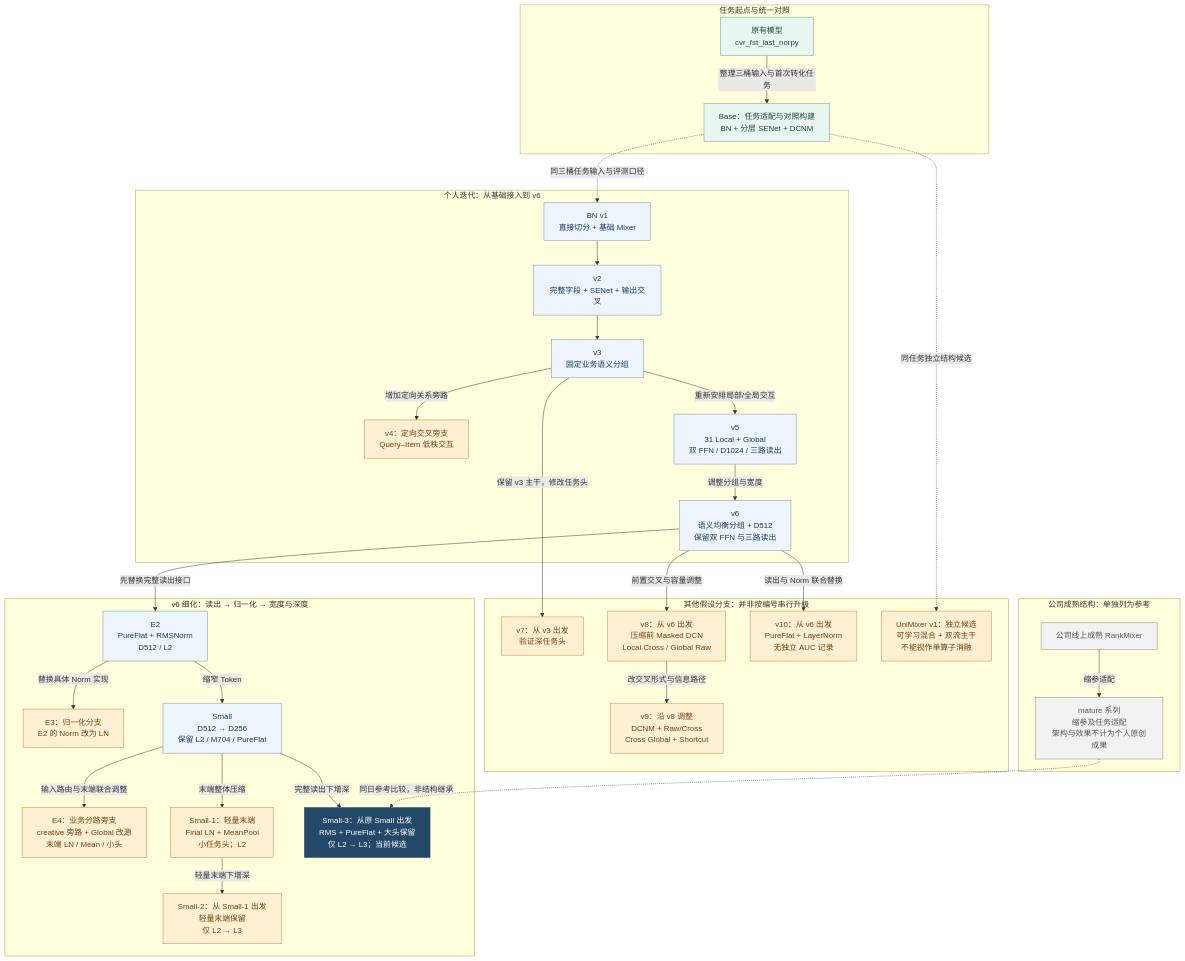
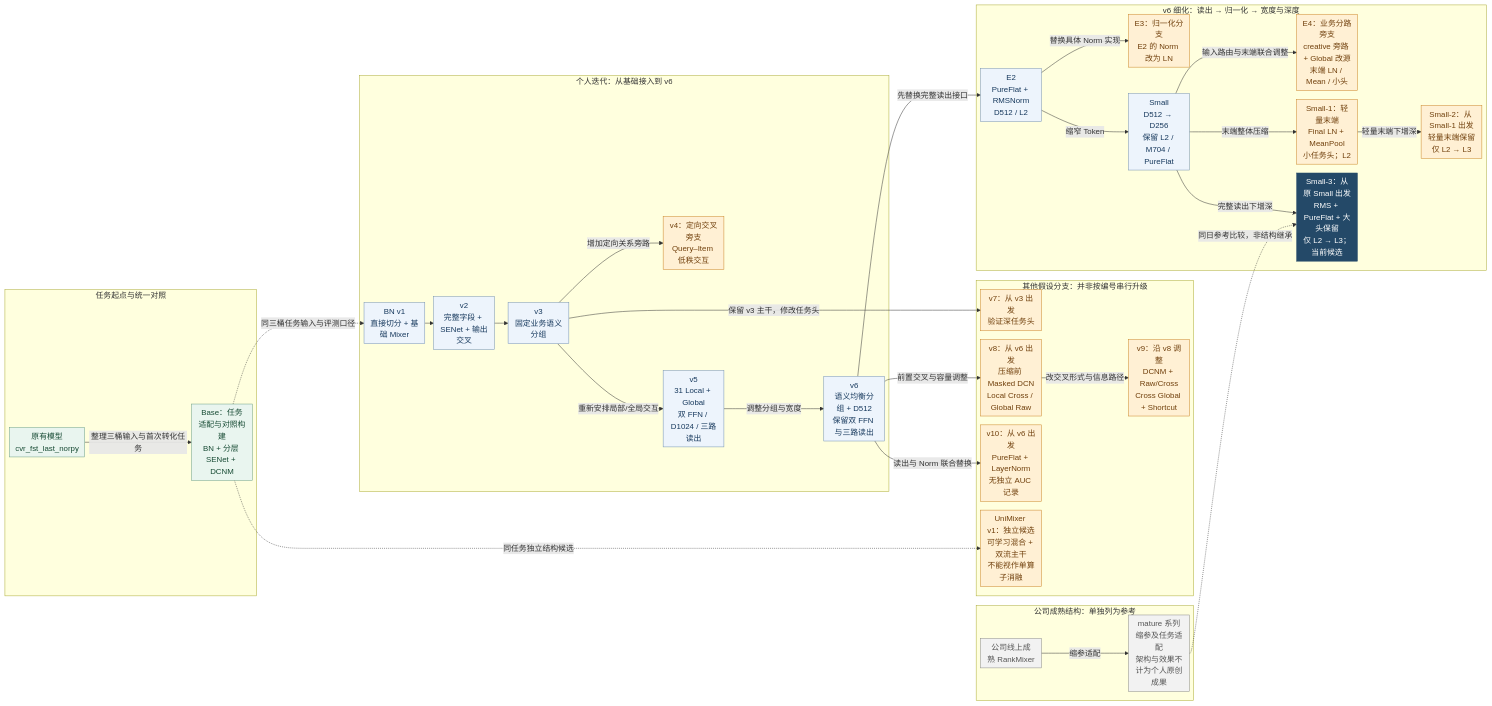
The first of 34 diagrams in introduce/RankMixer_阶段算法技术工作汇报_完整版_2026-09-09.md (Bolt00Y/RAS), drawn with Mermaid before and after one commit. The commit also changed other lines of this file, not shown here.

````diff
--- a/introduce/RankMixer_阶段算法技术工作汇报_完整版_2026-09-09.md
+++ b/introduce/RankMixer_阶段算法技术工作汇报_完整版_2026-09-09.md
@@ -28,71 +28,72 @@
 ```mermaid
-flowchart TB
+%%{init: {"look": "classic", "flowchart": {"nodeSpacing": 18, "rankSpacing": 18, "padding": 6, "wrappingWidth": 100}}}%%
+flowchart LR
     subgraph START["任务起点与统一对照"]
         OLD["原有模型<br/>cvr_fst_last_norpy"]
         BASE["Base：任务适配与对照构建<br/>BN + 分层 SENet + DCNM"]
         OLD -->|"整理三桶输入与首次转化任务"| BASE
     end
 
     subgraph EARLY["个人迭代：从基础接入到 v6"]
         V1["BN v1<br/>直接切分 + 基础 Mixer"]
         V2["v2<br/>完整字段 + SENet + 输出交叉"]
         V3["v3<br/>固定业务语义分组"]
         V4["v4：定向交叉旁支<br/>Query–Item 低秩交互"]
         V5["v5<br/>31 Local + Global<br/>双 FFN / D1024 / 三路读出"]
         V6["v6<br/>语义均衡分组 + D512<br/>保留双 FFN 与三路读出"]
         V1 --> V2 --> V3
         V3 -->|"增加定向关系旁路"| V4
         V3 -->|"重新安排局部/全局交互"| V5
         V5 -->|"调整分组与宽度"| V6
     end
 
     subgraph OTHER["其他假设分支：并非按编号串行升级"]
         V7["v7：从 v3 出发<br/>验证深任务头"]
         V8["v8：从 v6 出发<br/>压缩前 Masked DCN<br/>Local Cross / Global Raw"]
         V9["v9：沿 v8 调整<br/>DCNM + Raw/Cross<br/>Cross Global + Shortcut"]
         V10["v10：从 v6 出发<br/>PureFlat + LayerNorm<br/>无独立 AUC 记录"]
         UNI["UniMixer v1：独立候选<br/>可学习混合 + 双流主干<br/>不能视作单算子消融"]
     end
 
     subgraph V6FAMILY["v6 细化：读出 → 归一化 → 宽度与深度"]
         E2["E2<br/>PureFlat + RMSNorm<br/>D512 / L2"]
         E3["E3：归一化分支<br/>E2 的 Norm 改为 LN"]
         SMALL["Small<br/>D512 → D256<br/>保留 L2 / M704 / PureFlat"]
         E4["E4：业务分路旁支<br/>creative 旁路 + Global 改源<br/>末端 LN / Mean / 小头"]
         S1["Small-1：轻量末端<br/>Final LN + MeanPool<br/>小任务头；L2"]
         S2["Small-2：从 Small-1 出发<br/>轻量末端保留<br/>仅 L2 → L3"]
         S3["Small-3：从原 Small 出发<br/>RMS + PureFlat + 大头保留<br/>仅 L2 → L3；当前候选"]
         E2 -->|"替换具体 Norm 实现"| E3
         E2 -->|"缩窄 Token"| SMALL
         SMALL -->|"输入路由与末端联合调整"| E4
         SMALL -->|"末端整体压缩"| S1
         S1 -->|"轻量末端下增深"| S2
         SMALL -->|"完整读出下增深"| S3
     end
 
     subgraph REF["公司成熟结构：单独列为参考"]
         ONLINE["公司线上成熟 RankMixer"]
         MATURE["mature 系列<br/>缩参及任务适配<br/>架构与效果不计为个人原创成果"]
         ONLINE -->|"缩参适配"| MATURE
     end
 
     BASE -.->|"同三桶任务输入与评测口径"| V1
     BASE -.->|"同任务独立结构候选"| UNI
     V3 -->|"保留 v3 主干，修改任务头"| V7
     V6 -->|"前置交叉与容量调整"| V8
     V8 -->|"改交叉形式与信息路径"| V9
     V6 -->|"读出与 Norm 联合替换"| V10
     V6 -->|"先替换完整读出接口"| E2
     MATURE -.->|"同日参考比较，非结构继承"| S3
 
     classDef baseline fill:#e9f5ef,stroke:#6a9e84,color:#174b34;
     classDef main fill:#edf4fc,stroke:#7290b1,color:#183a5e;
     classDef branch fill:#fff0d4,stroke:#ca8425,color:#71400d;
     classDef latest fill:#244968,stroke:#244968,color:#ffffff;
     classDef reference fill:#f2f2f2,stroke:#888888,color:#555555;
     class OLD,BASE baseline;
     class V1,V2,V3,V5,V6,E2,SMALL main;
     class V4,V7,V8,V9,V10,UNI,E3,E4,S1,S2 branch;
     class S3 latest;
     class ONLINE,MATURE reference;
 ```
````
